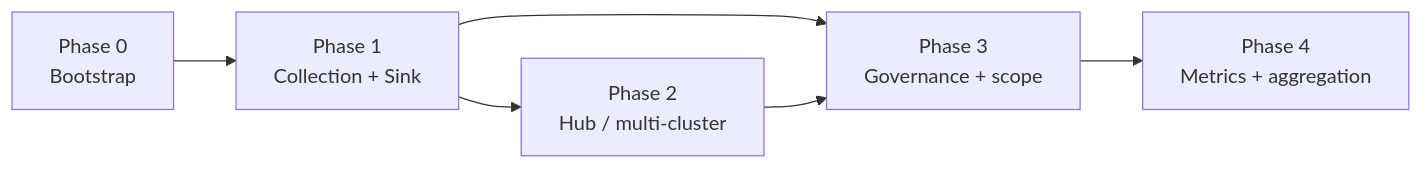
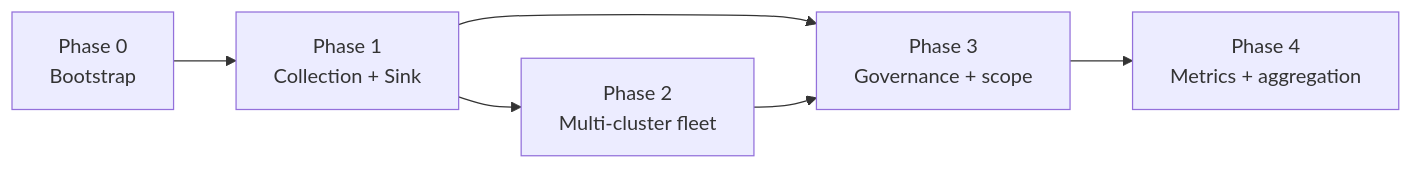
Before and after one commit to PlatformRelay/Kollect: the diagram in docs/ROADMAP.md, drawn with Mermaid. The commit also changed other lines of this file and 12 other files, not shown here.

````diff
--- a/docs/ROADMAP.md
+++ b/docs/ROADMAP.md
@@ -39,13 +38,13 @@
 ```mermaid
 flowchart LR
   P0[Phase 0<br/>Bootstrap]
   P1[Phase 1<br/>Collection + Sink]
-  P2[Phase 2<br/>Hub / multi-cluster]
+  P2[Phase 2<br/>Multi-cluster fleet]
   P3[Phase 3<br/>Governance + scope]
   P4[Phase 4<br/>Metrics + aggregation]
   P0 --> P1
   P1 --> P2
   P1 --> P3
   P2 --> P3
   P3 --> P4
 ```
````
